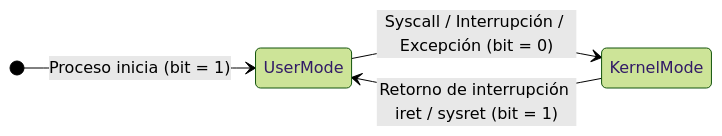
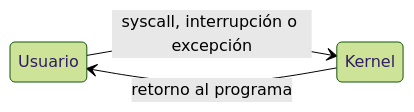
One commit to EstebanKiito/my-brain changed the diagram in Sistemas Operativos y Redes/01-Estructura de sistemas operativos/02 - Modos de operación y anillos de protección.md. Above: the diagram before and after it, drawn with Mermaid (forest theme). The commit also changed other lines of this file and 1 other file, not shown here.

````diff
--- a/Sistemas Operativos y Redes/01-Estructura de sistemas operativos/02 - Modos de operación y anillos de protección.md
+++ b/Sistemas Operativos y Redes/01-Estructura de sistemas operativos/02 - Modos de operación y anillos de protección.md
@@ -47,7 +54,6 @@
 ```mermaid
 stateDiagram-v2
   direction LR
-  [*] --> UserMode: Proceso inicia (bit = 1)
-  UserMode --> KernelMode: Syscall / Interrupción / Excepción (bit = 0)
-  KernelMode --> UserMode: Retorno de interrupción iret / sysret (bit = 1)
+  Usuario --> Kernel: syscall, interrupción o excepción
+  Kernel --> Usuario: retorno al programa
 ```
````
